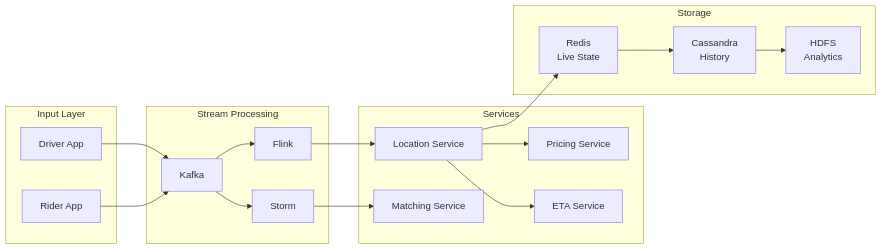
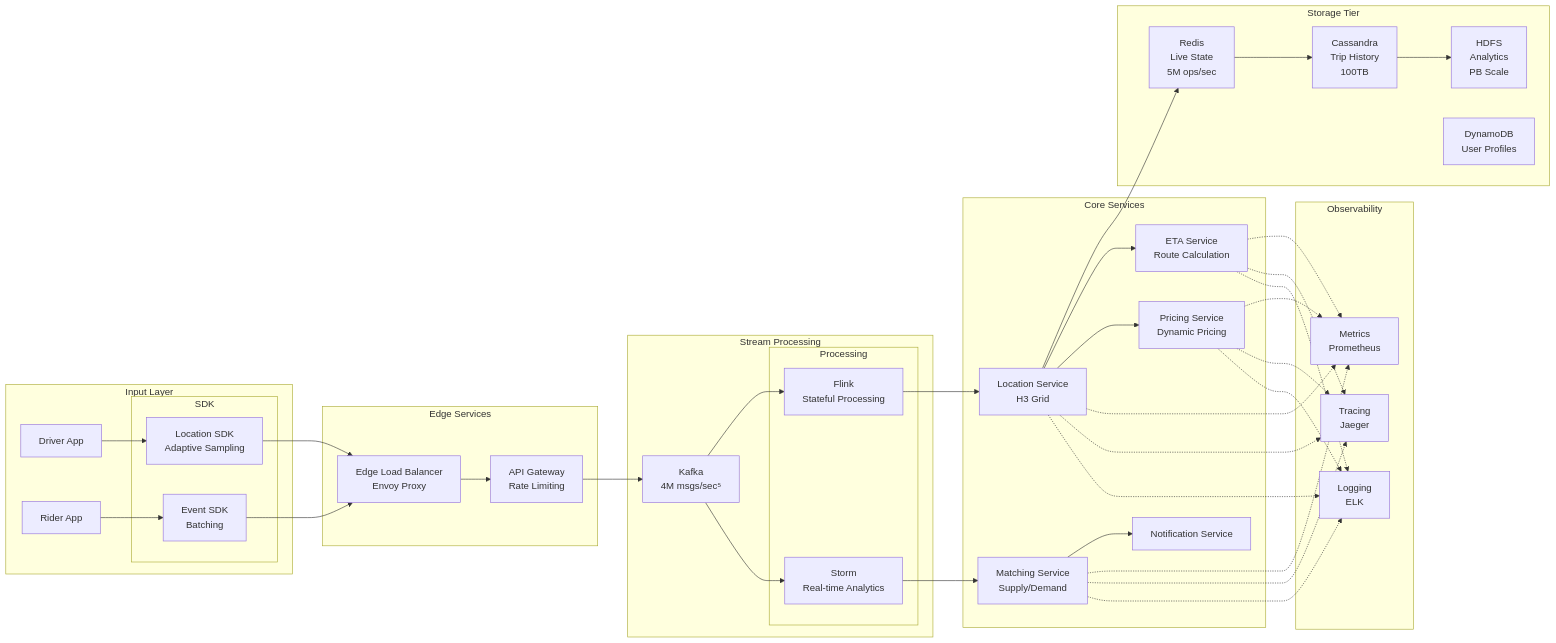
The third of 10 diagrams in docs/case-studies/uber-location.md (deepaucksharma/DStudio), drawn with Mermaid before and after one commit. The commit also changed other lines of this file and 15 other files, not shown here.

````diff
--- a/docs/case-studies/uber-location.md
+++ b/docs/case-studies/uber-location.md
@@ -82,35 +123,61 @@
 ```mermaid
 graph LR
     subgraph "Input Layer"
         DA[Driver App]
         RA[Rider App]
+        subgraph "SDK"
+            LS[Location SDK<br/>Adaptive Sampling]
+            ES[Event SDK<br/>Batching]
+        end
+    end
+
+    subgraph "Edge Services"
+        ELB[Edge Load Balancer<br/>Envoy Proxy]
+        AG[API Gateway<br/>Rate Limiting]
     end
 
     subgraph "Stream Processing"
-        K[Kafka]
-        F[Flink]
-        S[Storm]
+        K[Kafka<br/>4M msgs/sec⁵]
+        subgraph "Processing"
+            F[Flink<br/>Stateful Processing]
+            S[Storm<br/>Real-time Analytics]
+        end
     end
 
-    subgraph "Services"
-        LS[Location Service]
-        MS[Matching Service]
-        PS[Pricing Service]
-        ES[ETA Service]
+    subgraph "Core Services"
+        LS2[Location Service<br/>H3 Grid]
+        MS[Matching Service<br/>Supply/Demand]
+        PS[Pricing Service<br/>Dynamic Pricing]
+        ES2[ETA Service<br/>Route Calculation]
+        NS[Notification Service]
     end
 
-    subgraph "Storage"
-        R[Redis<br/>Live State]
-        C[Cassandra<br/>History]
-        H[HDFS<br/>Analytics]
+    subgraph "Storage Tier"
+        R[Redis<br/>Live State<br/>5M ops/sec]
+        C[Cassandra<br/>Trip History<br/>100TB]
+        H[HDFS<br/>Analytics<br/>PB Scale]
+        D[DynamoDB<br/>User Profiles]
     end
 
-    DA --> K
-    RA --> K
-    K --> F --> LS --> R
+    subgraph "Observability"
+        M[Metrics<br/>Prometheus]
+        T[Tracing<br/>Jaeger]
+        L[Logging<br/>ELK]
+    end
+
+    DA --> LS --> ELB
+    RA --> ES --> ELB
+    ELB --> AG --> K
+    
+    K --> F --> LS2 --> R
     K --> S --> MS
-    LS --> ES
-    LS --> PS
+    
+    LS2 --> ES2
+    LS2 --> PS
+    MS --> NS
+    
     R --> C
     C --> H
+    
+    LS2 & MS & PS & ES2 -.-> M & T & L
 ```
````
